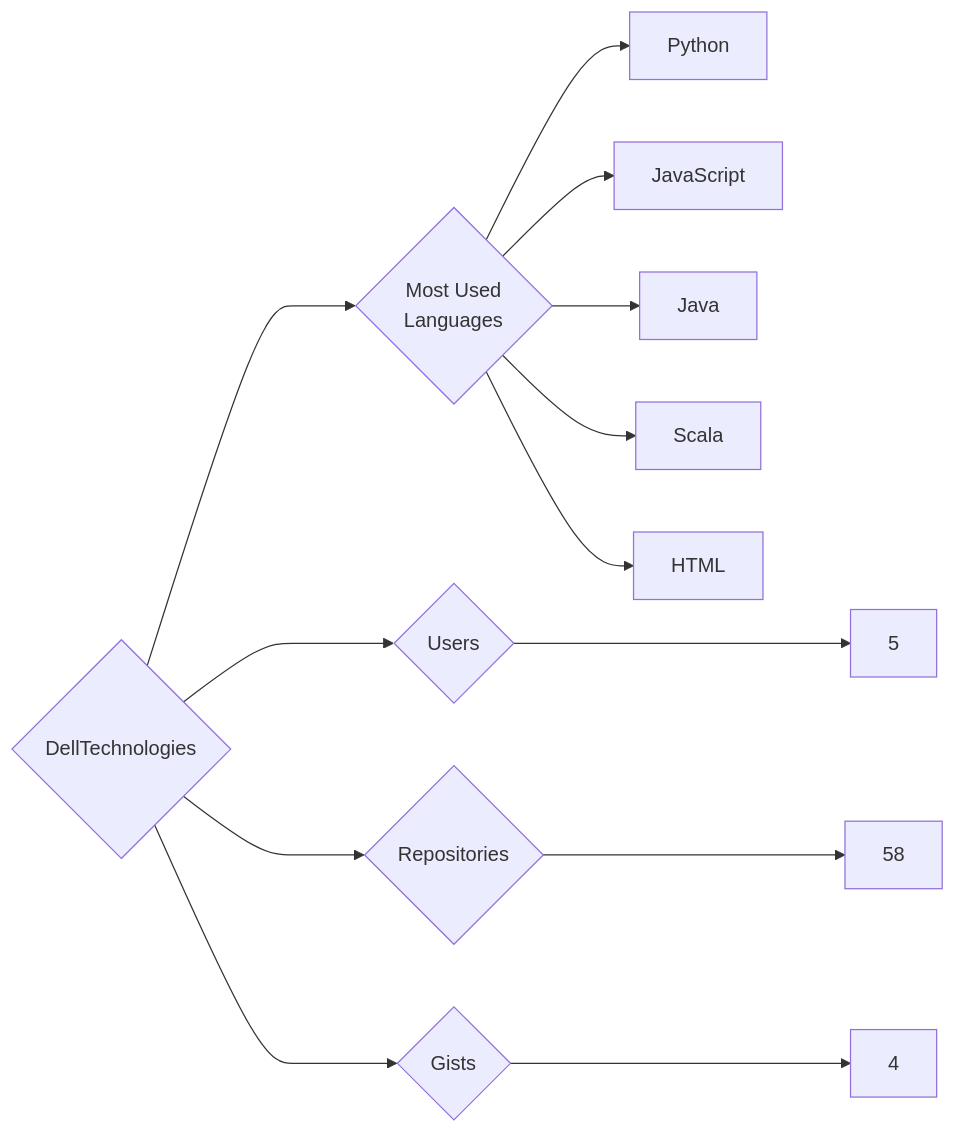
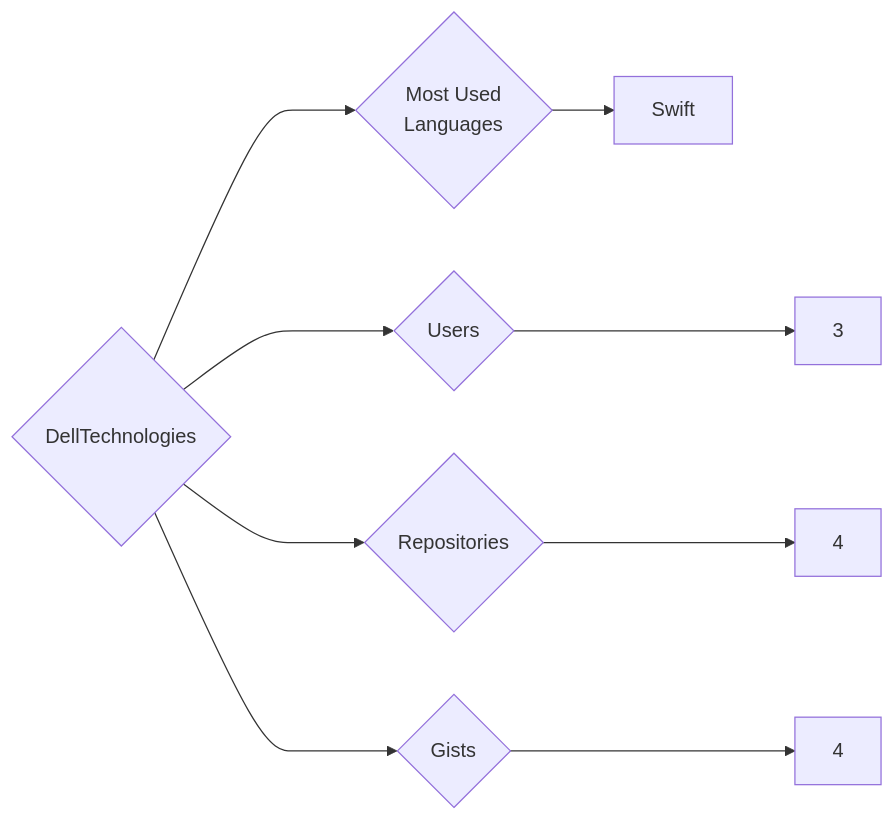
The diagram in targets/DellTechnologies/README.md (trickest/insiders), drawn with Mermaid before and after one commit. The commit also changed 1212 other files, not shown here.

````diff
--- a/targets/DellTechnologies/README.md
+++ b/targets/DellTechnologies/README.md
@@ -3,13 +3,9 @@
 ```mermaid
 graph LR
 COMPANY_NAME{DellTechnologies}
-COMPANY_NAME ---> U{Users} ---> UN[5]
-COMPANY_NAME ---> R{Repositories} ---> RN[58]
+COMPANY_NAME ---> U{Users} ---> UN[3]
+COMPANY_NAME ---> R{Repositories} ---> RN[4]
 COMPANY_NAME ---> G{Gists} ---> GN[4]
 COMPANY_NAME ---> ML{Most Used<br>Languages}
-ML --> Python[Python]
-ML --> JavaScript[JavaScript]
-ML --> Java[Java]
-ML --> Scala[Scala]
-ML --> HTML[HTML]
+ML --> Swift[Swift]
 ```
````
